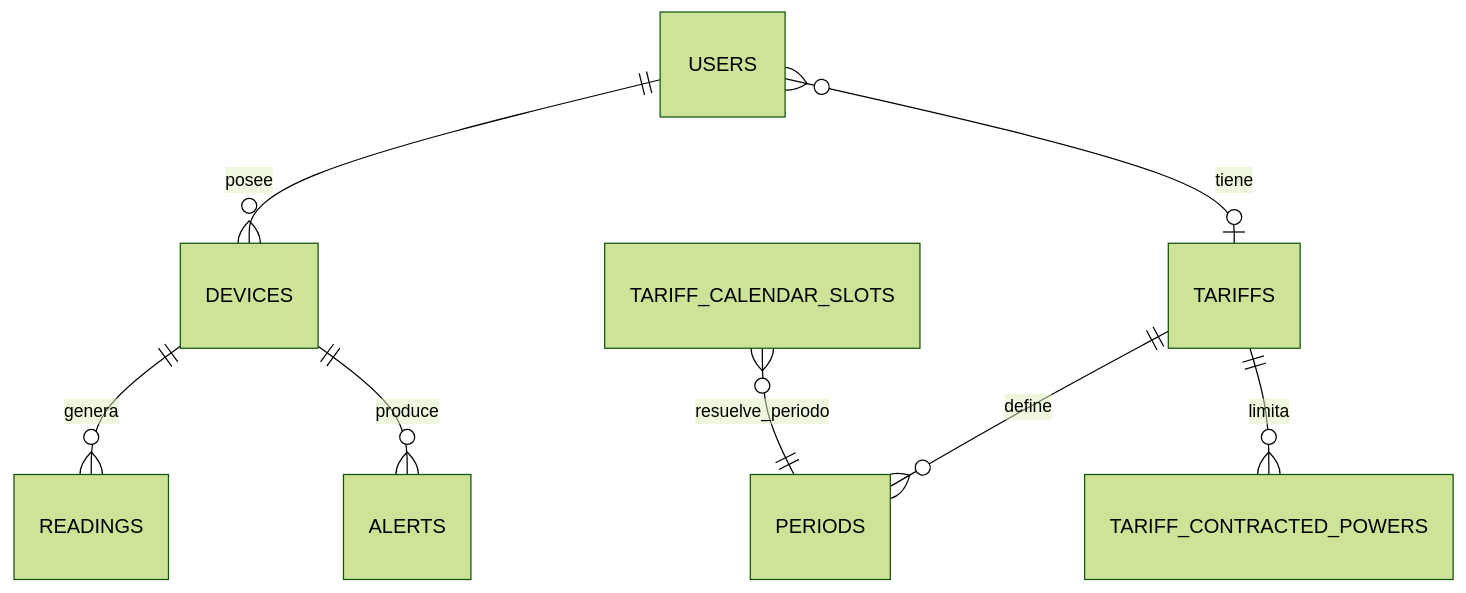
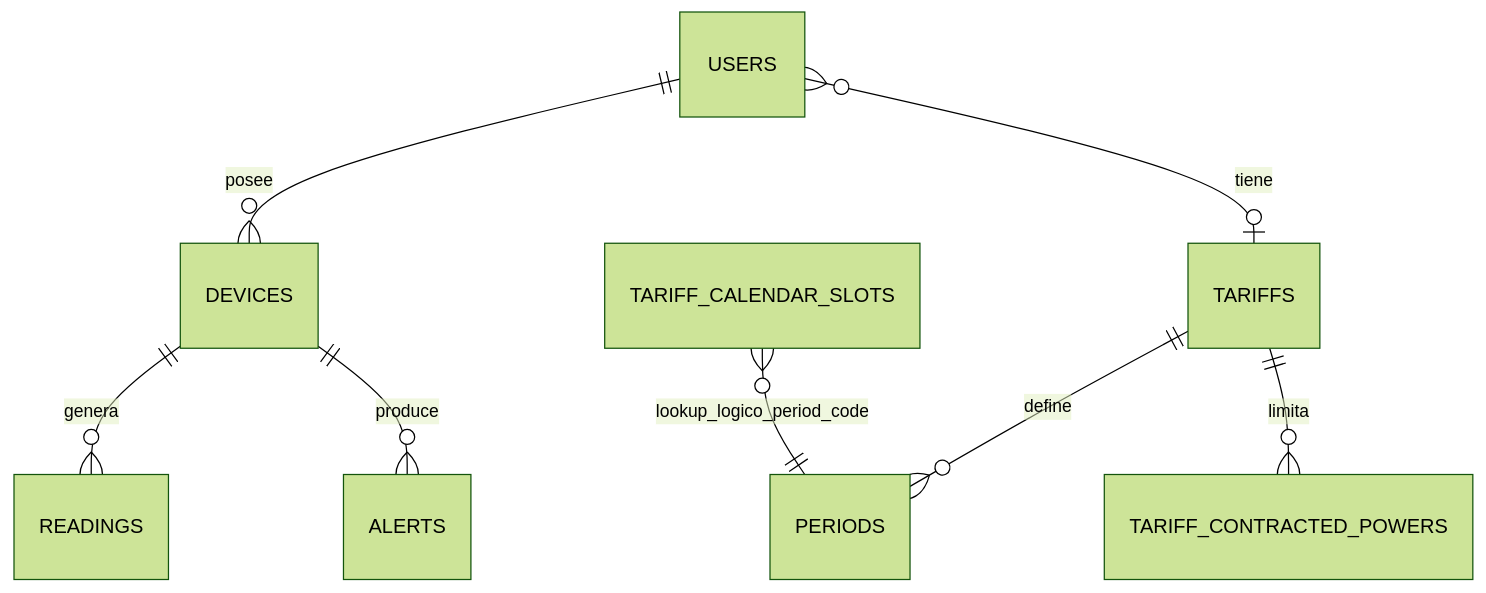
The diagram in docs/memoria/memoria-final-daw.md (joellmar/wattpath-app), drawn with Mermaid (forest theme) before and after one commit. The commit also changed other lines of this file and 1 other file, not shown here.

````diff
--- a/docs/memoria/memoria-final-daw.md
+++ b/docs/memoria/memoria-final-daw.md
@@ -124,10 +124,10 @@
 ```mermaid
 erDiagram
     USERS ||--o{ DEVICES : posee
     DEVICES ||--o{ READINGS : genera
     DEVICES ||--o{ ALERTS : produce
     USERS }o--o| TARIFFS : tiene
     TARIFFS ||--o{ PERIODS : define
     TARIFFS ||--o{ TARIFF_CONTRACTED_POWERS : limita
-    TARIFF_CALENDAR_SLOTS }o--|| PERIODS : resuelve_periodo
+    TARIFF_CALENDAR_SLOTS }o--|| PERIODS : lookup_logico_period_code
 ```
````
